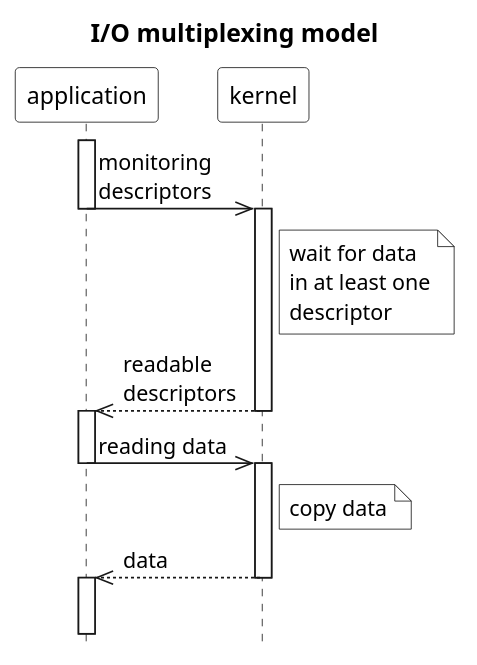
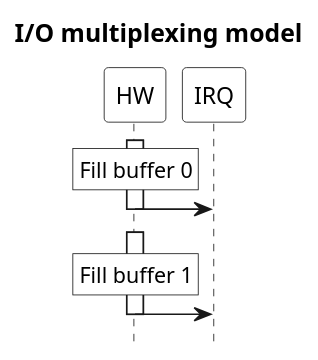
One commit to ti-cortex-m4/demo-java-virtual-threads2 changed the diagram in images/temp.puml. Above: the diagram before and after it, drawn with PlantUML. The commit also changed 1 other file, not shown here.

```diff
--- a/images/temp.puml
+++ b/images/temp.puml
@@ -1,33 +1,24 @@
 @startuml
 
 title I/O multiplexing model
 
 scale 1.1
 hide footbox
 skinparam monochrome true
 skinparam defaultFontName Source Sans Pro
 skinparam titleFontSize 15
 skinparam sequenceMessageAlign left
 skinparam participantBackgroundColor #white
 skinparam noteBackgroundColor #white
 skinparam sequenceGroupBackgroundColor #white
 
-activate application
-application->>kernel: monitoring\ndescriptors
-deactivate application
-activate kernel
-Note right of kernel: wait for data\nin at least one\ndescriptor
-kernel-->>application: readable\ndescriptors
-deactivate kernel
-activate application
-application->>kernel: reading data
-deactivate application
-activate kernel
-Note right of kernel: copy data
-kernel-->>application: data
-deactivate kernel
-activate application
-
-||11||
-kernel -[#white]->]
+activate HW
+rnote over HW : Fill buffer 0
+HW -> IRQ
+deactivate HW
+IRQ -[hidden]> HW
+activate HW
+rnote over HW : Fill buffer 1
+HW -> IRQ
+deactivate HW
 @enduml
```
